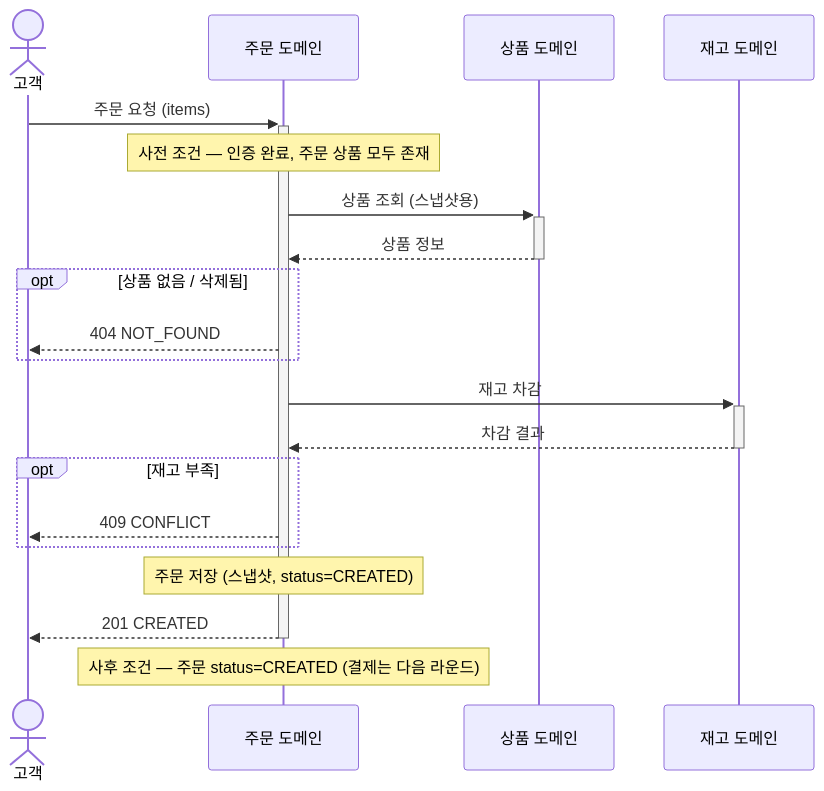
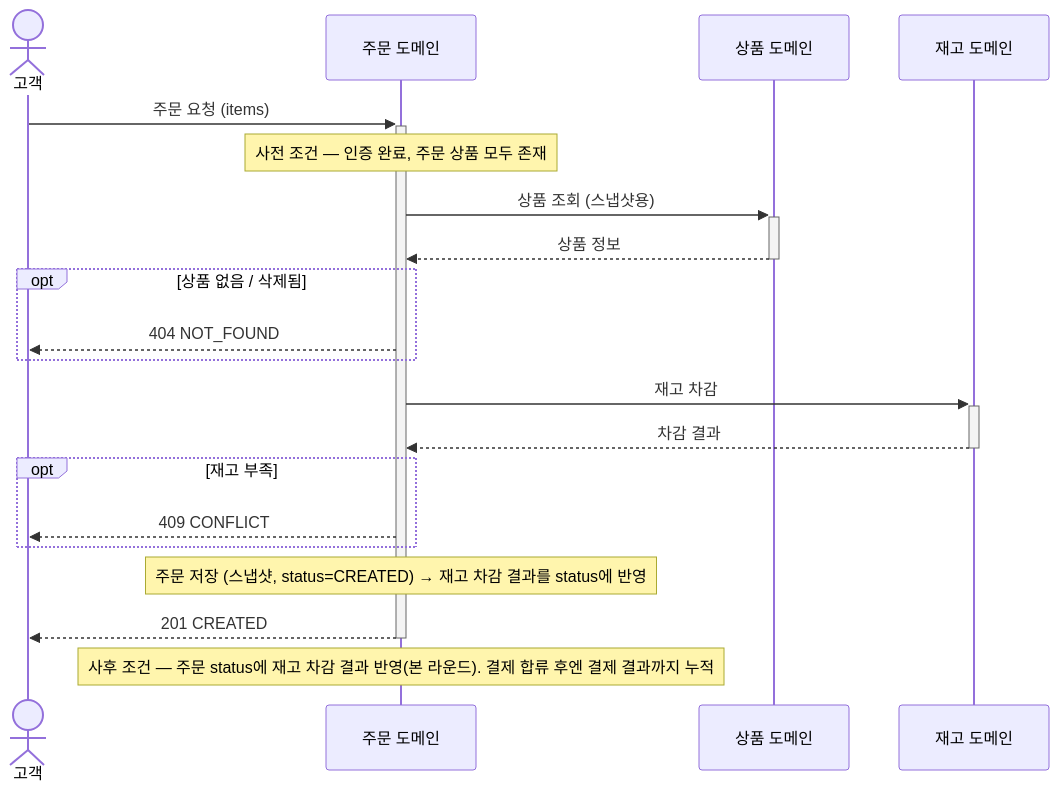
The fourth of 5 diagrams in .docs/design/02-sequence-diagrams.md (Hwasowl/loop-pack-be-l2-vol4-java), drawn with Mermaid before and after one commit. The commit also changed other lines of this file and 3 other files, not shown here.

````diff
--- a/.docs/design/02-sequence-diagrams.md
+++ b/.docs/design/02-sequence-diagrams.md
@@ -144,24 +144,24 @@
 ```mermaid
 sequenceDiagram
     actor C as 고객
     participant O as 주문 도메인
     participant P as 상품 도메인
     participant S as 재고 도메인
 
     C->>+O: 주문 요청 (items)
     Note over O: 사전 조건 — 인증 완료, 주문 상품 모두 존재
 
     O->>+P: 상품 조회 (스냅샷용)
     P-->>-O: 상품 정보
     opt 상품 없음 / 삭제됨
         O-->>C: 404 NOT_FOUND
     end
     O->>+S: 재고 차감
     S-->>-O: 차감 결과
     opt 재고 부족
         O-->>C: 409 CONFLICT
     end
-    Note over O: 주문 저장 (스냅샷, status=CREATED)
+    Note over O: 주문 저장 (스냅샷, status=CREATED) → 재고 차감 결과를 status에 반영
     O-->>-C: 201 CREATED
-    Note over O: 사후 조건 — 주문 status=CREATED (결제는 다음 라운드)
+    Note over O: 사후 조건 — 주문 status에 재고 차감 결과 반영(본 라운드). 결제 합류 후엔 결제 결과까지 누적
 ```
````
